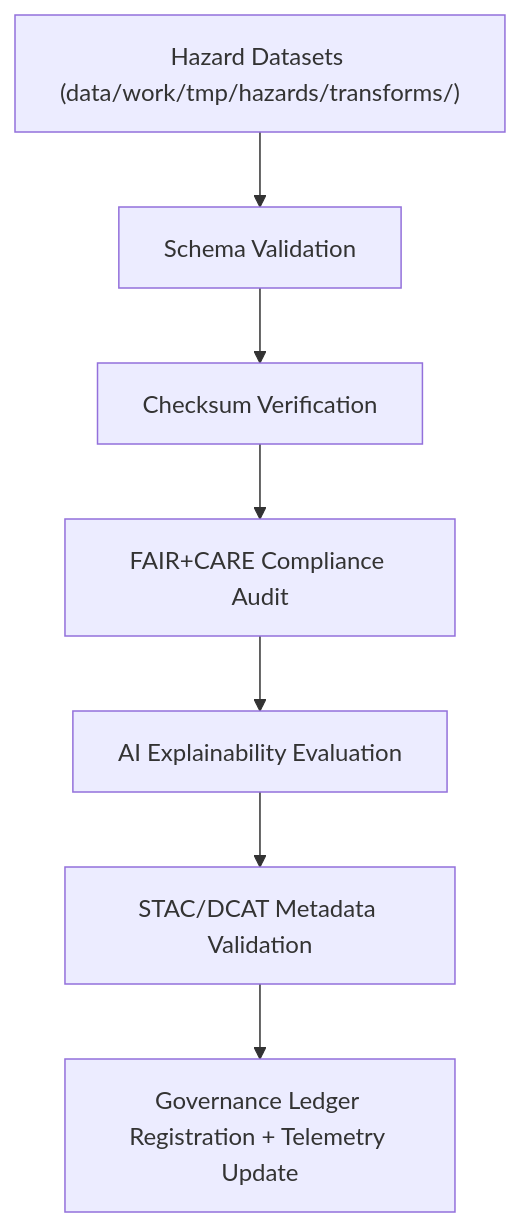
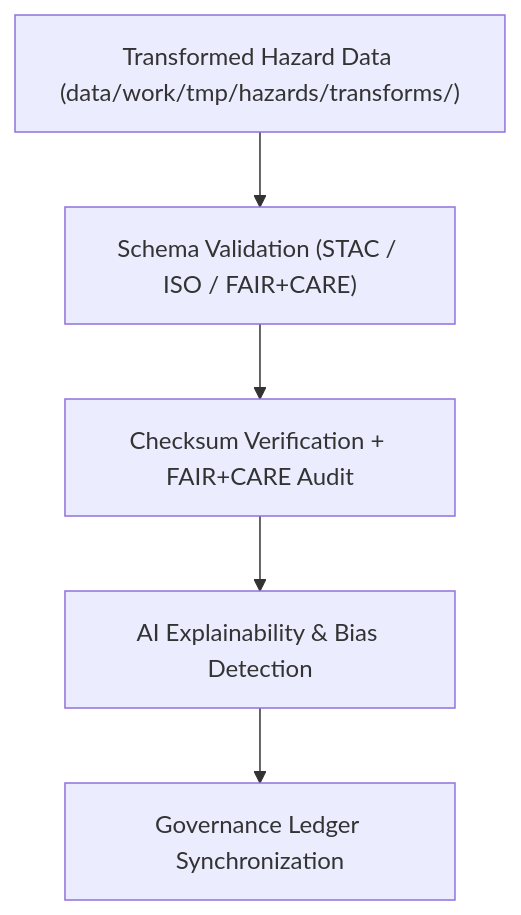
One commit to bartytime4life/Kansas-Frontier-Matrix changed the diagram in data/work/tmp/hazards/validation/README.md. Above: the diagram before and after it, drawn with Mermaid. The commit also changed other lines of this file, not shown here.

Commit message:
Update README for hazards validation workspace v9.6.0

````diff
--- a/data/work/tmp/hazards/validation/README.md
+++ b/data/work/tmp/hazards/validation/README.md
@@ -85,9 +65,7 @@
 ```mermaid
 flowchart TD
-    A["Hazard Datasets (data/work/tmp/hazards/transforms/)"] --> B["Schema Validation"]
-    B --> C["Checksum Verification"]
-    C --> D["FAIR+CARE Compliance Audit"]
-    D --> E["AI Explainability Evaluation"]
-    E --> F["STAC/DCAT Metadata Validation"]
-    F --> G["Governance Ledger Registration + Telemetry Update"]
+    A["Transformed Hazard Data (data/work/tmp/hazards/transforms/)"] --> B["Schema Validation (STAC / ISO / FAIR+CARE)"]
+    B --> C["Checksum Verification + FAIR+CARE Audit"]
+    C --> D["AI Explainability & Bias Detection"]
+    D --> E["Governance Ledger Synchronization"]
 ```
````
